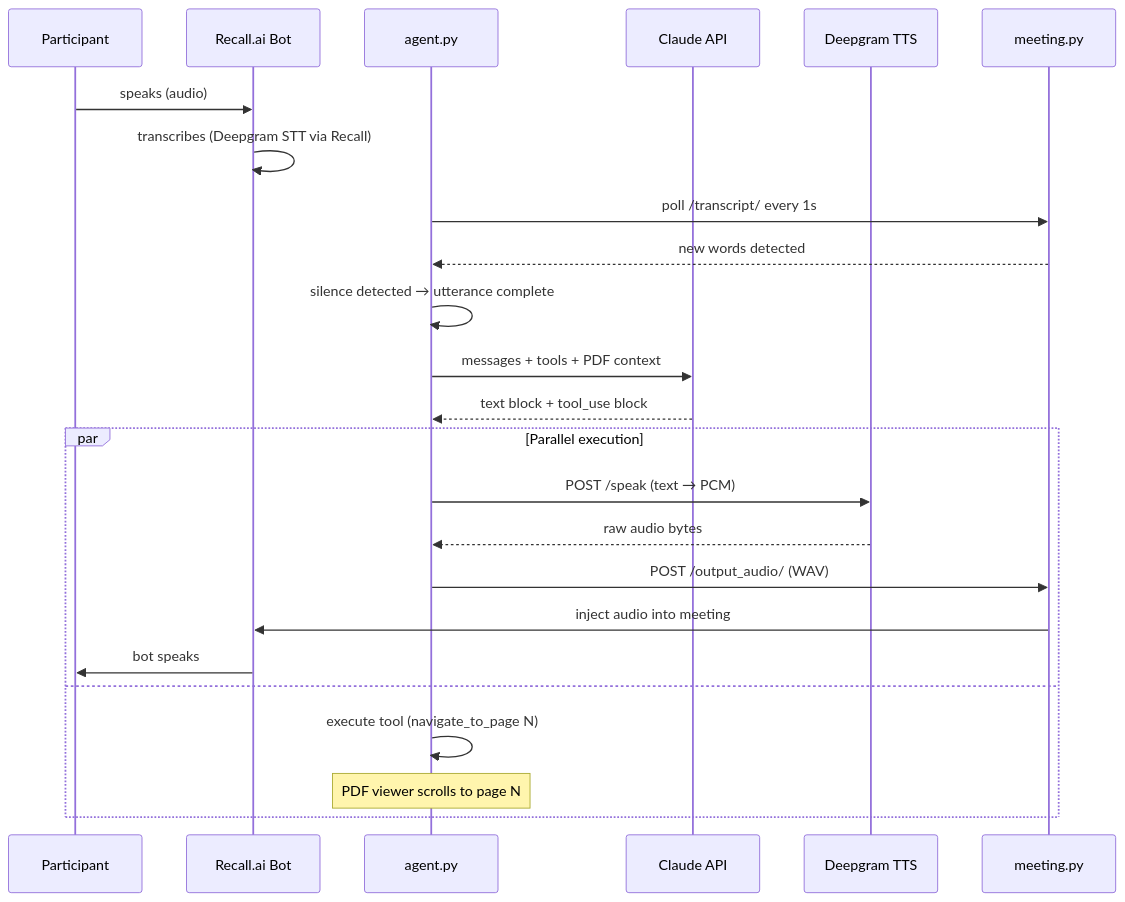
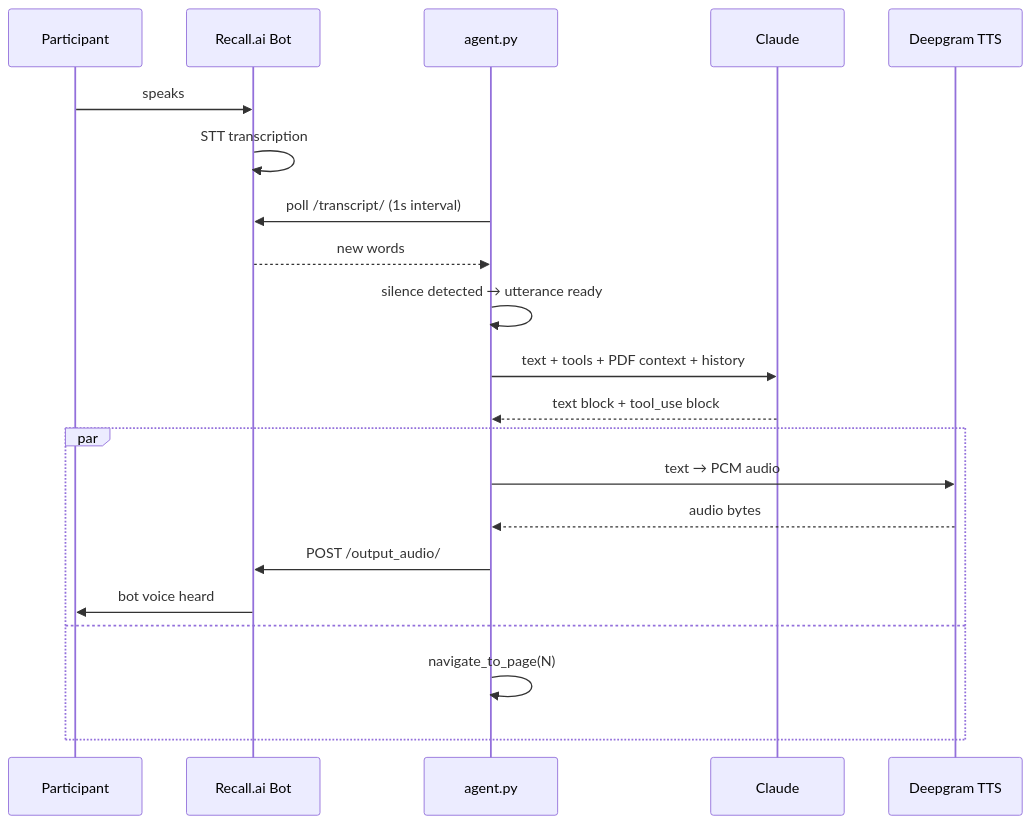
The third of 3 diagrams in ARCHITECTURE.md (ananya-modusai/meet-bot), drawn with Mermaid before and after one commit. The commit also changed other lines of this file, not shown here.

Commit message:
docs: fix Mermaid diagrams — clean syntax, render in mermaid.live

````diff
--- a/ARCHITECTURE.md
+++ b/ARCHITECTURE.md
@@ -74,28 +59,24 @@
 ```mermaid
 sequenceDiagram
     participant P as Participant
     participant R as Recall.ai Bot
     participant A as agent.py
-    participant C as Claude API
+    participant C as Claude
     participant D as Deepgram TTS
-    participant M as meeting.py
 
-    P->>R: speaks (audio)
-    R->>R: transcribes (Deepgram STT via Recall)
-    A->>M: poll /transcript/ every 1s
-    M-->>A: new words detected
-    A->>A: silence detected → utterance complete
-    A->>C: messages + tools + PDF context
+    P->>R: speaks
+    R->>R: STT transcription
+    A->>R: poll /transcript/ (1s interval)
+    R-->>A: new words
+    A->>A: silence detected → utterance ready
+    A->>C: text + tools + PDF context + history
     C-->>A: text block + tool_use block
-    
-    par Parallel execution
-        A->>D: POST /speak (text → PCM)
-        D-->>A: raw audio bytes
-        A->>M: POST /output_audio/ (WAV)
-        M->>R: inject audio into meeting
-        R->>P: bot speaks
+    par
+        A->>D: text → PCM audio
+        D-->>A: audio bytes
+        A->>R: POST /output_audio/
+        R->>P: bot voice heard
     and
-        A->>A: execute tool (navigate_to_page N)
-        Note over A: PDF viewer scrolls to page N
+        A->>A: navigate_to_page(N)
     end
 ```
````
